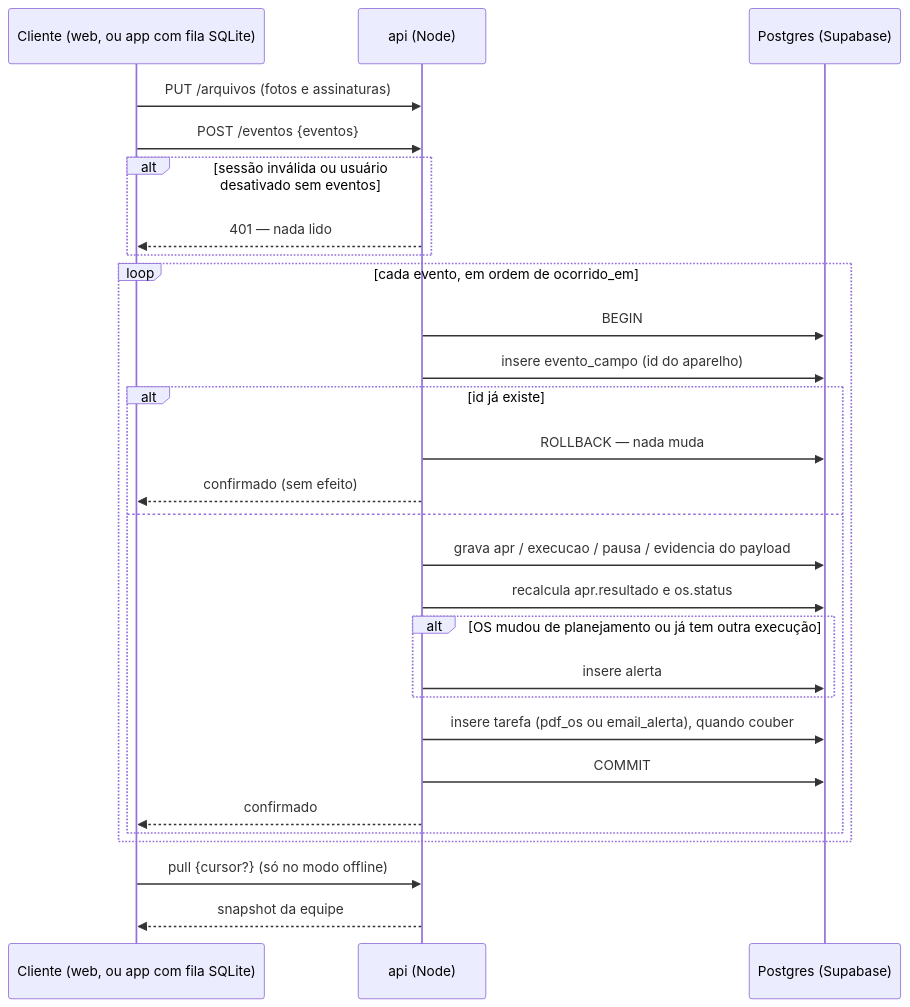
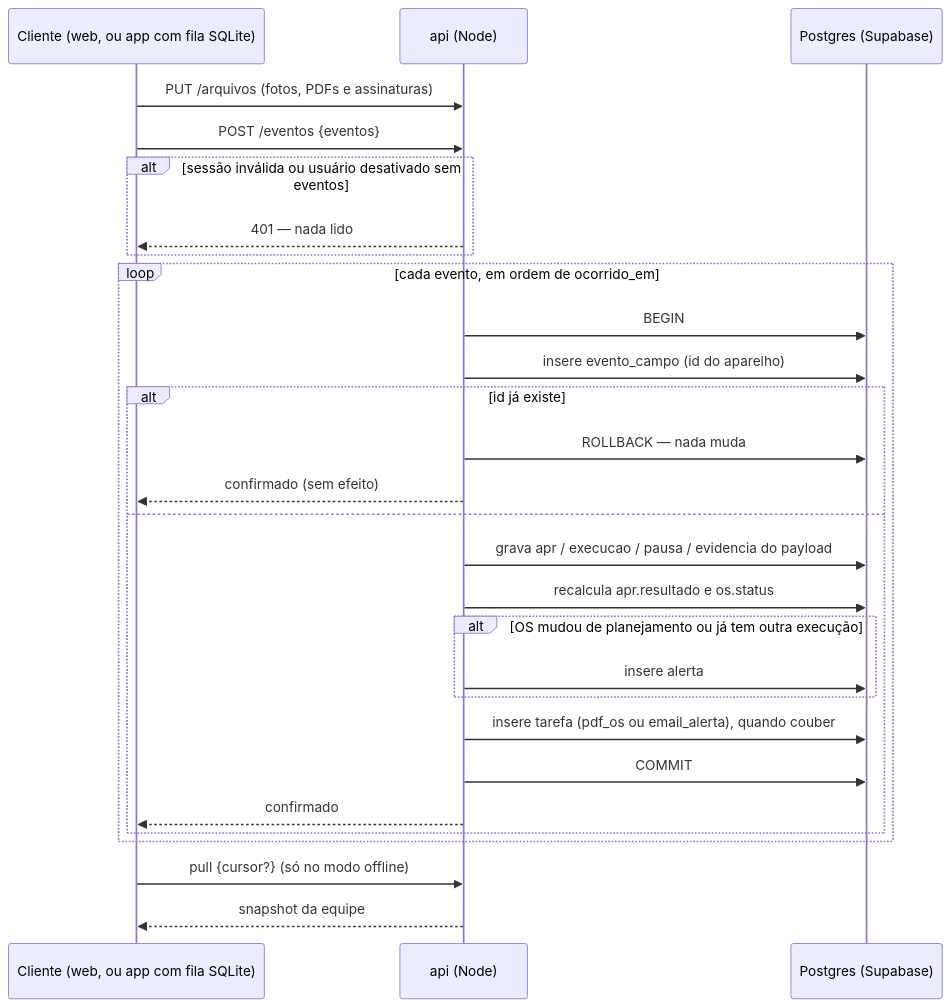
One commit to RenanFelliphe/D.A.P.R.O.M changed the first of 4 diagrams in base/.design/especificacao.md. Above: the diagram before and after it, drawn with Mermaid. The commit also changed other lines of this file and 4 other files, not shown here.

````diff
--- a/base/.design/especificacao.md
+++ b/base/.design/especificacao.md
@@ -472,30 +584,30 @@
 ```mermaid
 sequenceDiagram
   participant A as Cliente (web, ou app com fila SQLite)
   participant S as api (Node)
   participant DB as Postgres (Supabase)
-  A->>S: PUT /arquivos (fotos e assinaturas)
+  A->>S: PUT /arquivos (fotos, PDFs e assinaturas)
   A->>S: POST /eventos {eventos}
   alt sessão inválida ou usuário desativado sem eventos
     S-->>A: 401 — nada lido
   end
   loop cada evento, em ordem de ocorrido_em
     S->>DB: BEGIN
     S->>DB: insere evento_campo (id do aparelho)
     alt id já existe
       S->>DB: ROLLBACK — nada muda
       S-->>A: confirmado (sem efeito)
     else
       S->>DB: grava apr / execucao / pausa / evidencia do payload
       S->>DB: recalcula apr.resultado e os.status
       alt OS mudou de planejamento ou já tem outra execução
         S->>DB: insere alerta
       end
       S->>DB: insere tarefa (pdf_os ou email_alerta), quando couber
       S->>DB: COMMIT
       S-->>A: confirmado
     end
   end
   A->>S: pull {cursor?} (só no modo offline)
   S-->>A: snapshot da equipe
 ```
````
